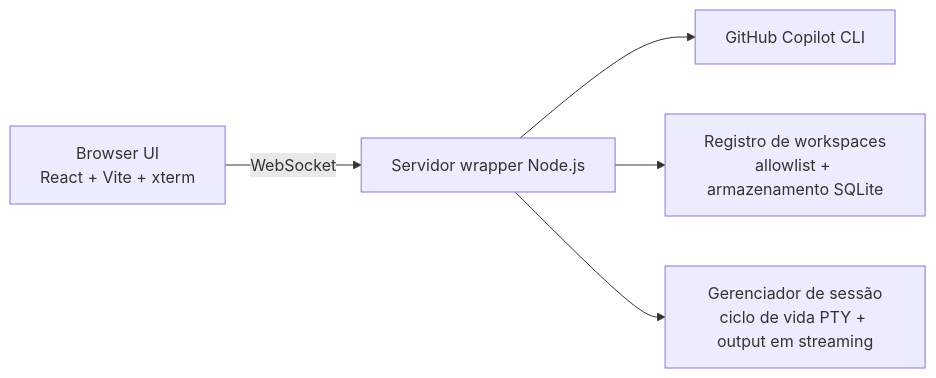
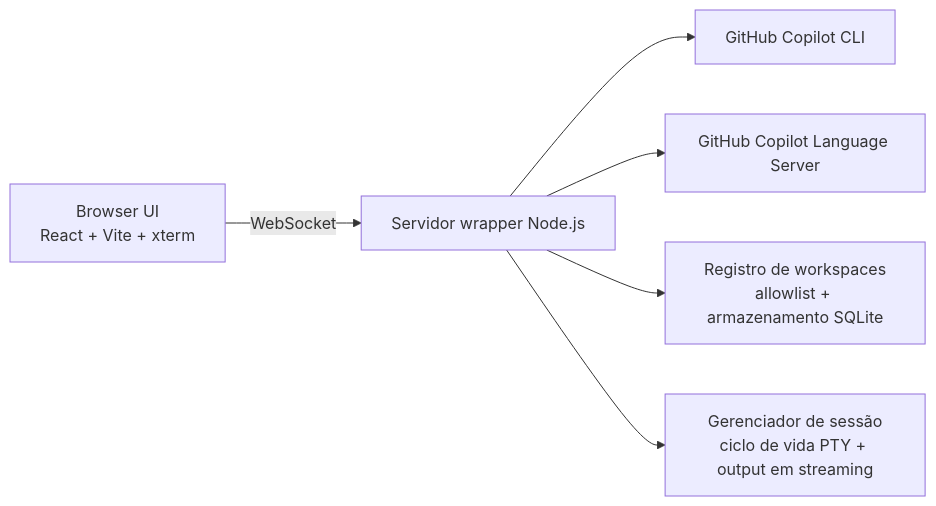
Before and after one commit to this-rafael/copilot-api-wrapper: the diagram in README.pt-BR.md, drawn with Mermaid. The commit also changed other lines of this file and 99 other files, not shown here.

````diff
--- a/README.pt-BR.md
+++ b/README.pt-BR.md
@@ -46,7 +48,8 @@
 ```mermaid
 flowchart LR
   A[Browser UI<br/>React + Vite + xterm] -->|WebSocket| B[Servidor wrapper Node.js]
   B --> C[GitHub Copilot CLI]
+  B --> F[GitHub Copilot Language Server]
   B --> D[Registro de workspaces<br/>allowlist + armazenamento SQLite]
   B --> E[Gerenciador de sessão<br/>ciclo de vida PTY + output em streaming]
 ```
````
